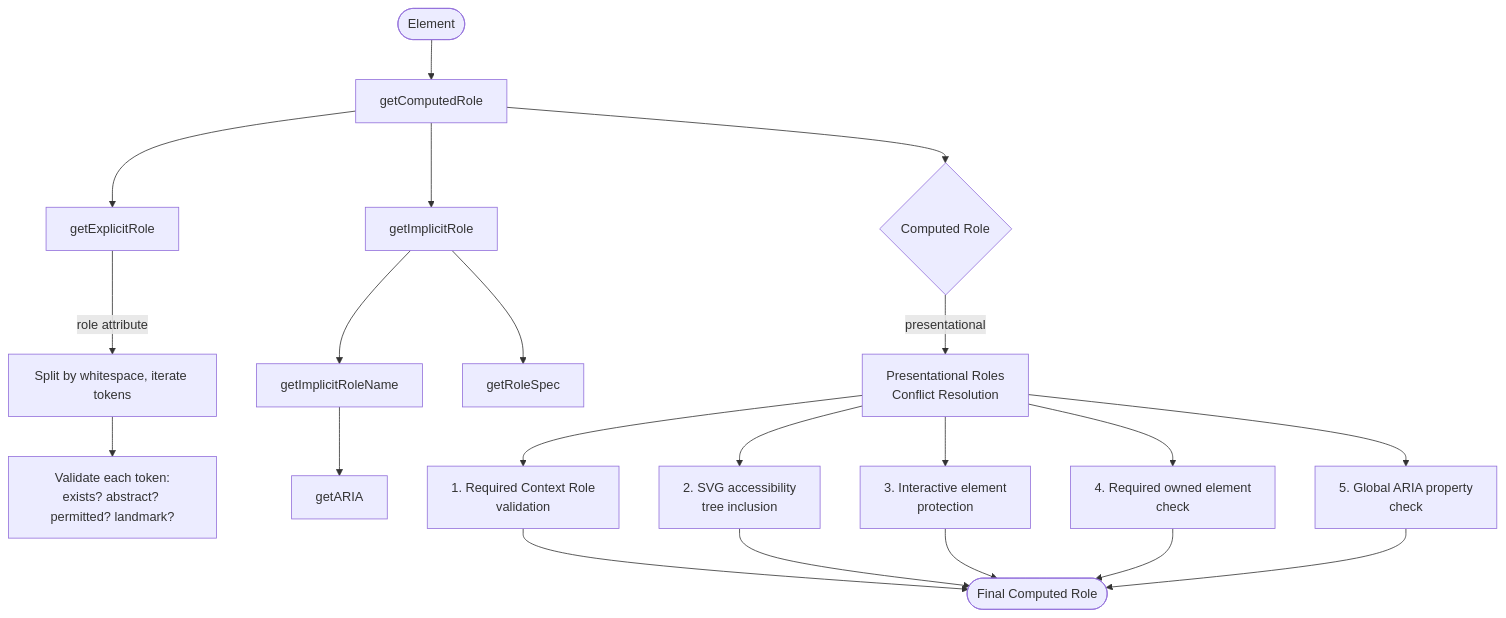
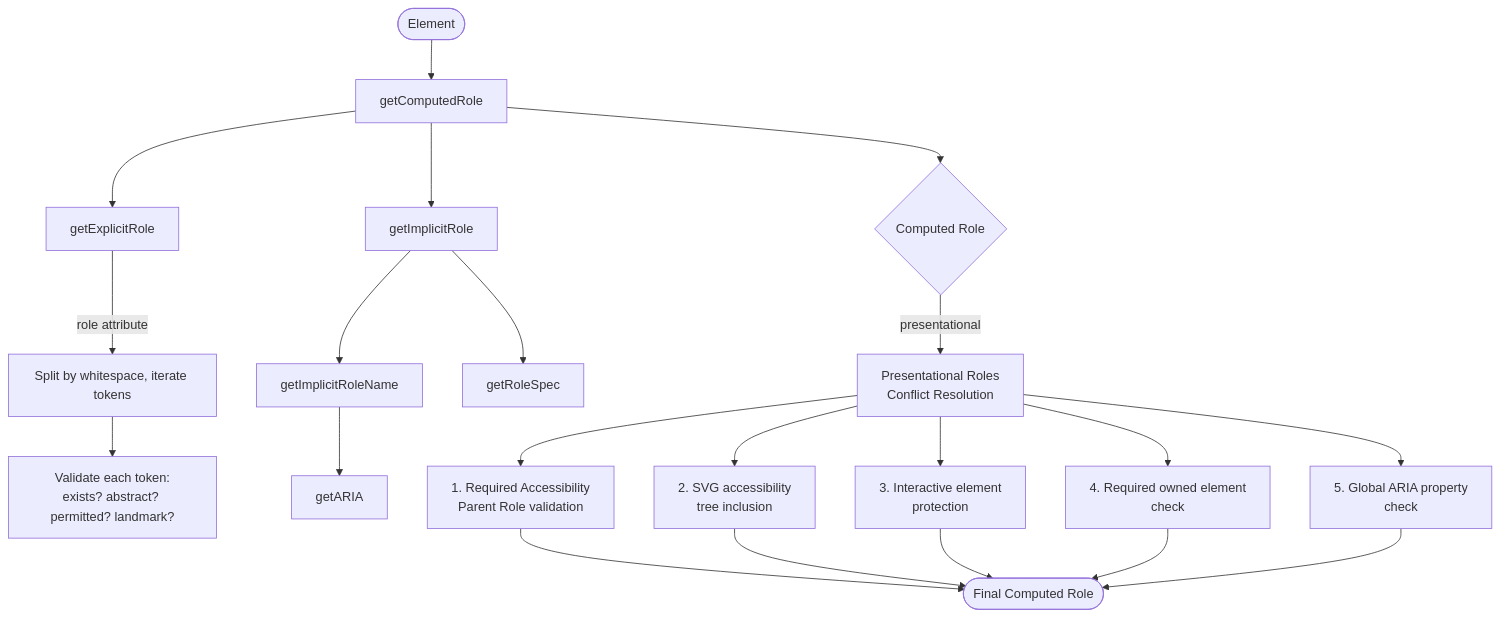
The diagram in packages/@markuplint/ml-spec/docs/aria-algorithms.md (markuplint/markuplint), drawn with Mermaid before and after one commit. The commit also changed other lines of this file and 9 other files, not shown here.

````diff
--- a/packages/@markuplint/ml-spec/docs/aria-algorithms.md
+++ b/packages/@markuplint/ml-spec/docs/aria-algorithms.md
@@ -28,26 +28,26 @@
 ```mermaid
 flowchart TB
     Start([Element]) --> GCR[getComputedRole]
     GCR --> GER[getExplicitRole]
     GER -->|role attribute| Parse["Split by whitespace, iterate tokens"]
     Parse --> Validate["Validate each token:<br/>exists? abstract? permitted? landmark?"]
     GCR --> GIR[getImplicitRole]
     GIR --> IRN[getImplicitRoleName]
     IRN --> GA[getARIA]
     GIR --> GRS[getRoleSpec]
 
     GCR --> CR{Computed Role}
     CR -->|presentational| PCR["Presentational Roles<br/>Conflict Resolution"]
 
-    PCR --> Check1["1. Required Context Role<br/>validation"]
+    PCR --> Check1["1. Required Accessibility<br/>Parent Role validation"]
     PCR --> Check2["2. SVG accessibility<br/>tree inclusion"]
     PCR --> Check3["3. Interactive element<br/>protection"]
     PCR --> Check4["4. Required owned element<br/>check"]
     PCR --> Check5["5. Global ARIA property<br/>check"]
 
     Check1 --> Final([Final Computed Role])
     Check2 --> Final
     Check3 --> Final
     Check4 --> Final
     Check5 --> Final
 ```
````
